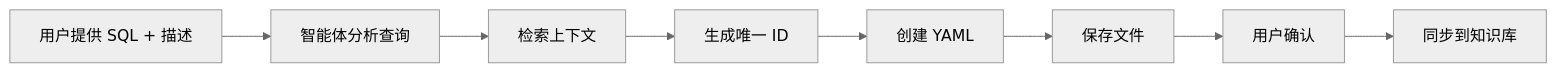
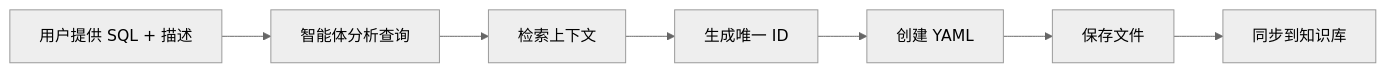
One commit to Datus-ai/Datus-agent changed the first of 8 diagrams in docs/subagent/builtin_subagents.zh.md. Above: the diagram before and after it, drawn with Mermaid (neutral theme). The commit also changed other lines of this file and 11 other files, not shown here.

````diff
--- a/docs/subagent/builtin_subagents.zh.md
+++ b/docs/subagent/builtin_subagents.zh.md
@@ -116,10 +116,9 @@
 ```mermaid
 graph LR
     A[用户提供 SQL + 描述] --> B[智能体分析查询]
     B --> C[检索上下文]
     C --> D[生成唯一 ID]
     D --> E[创建 YAML]
     E --> F[保存文件]
-    F --> G[用户确认]
-    G --> H[同步到知识库]
+    F --> G[同步到知识库]
 ```
````
